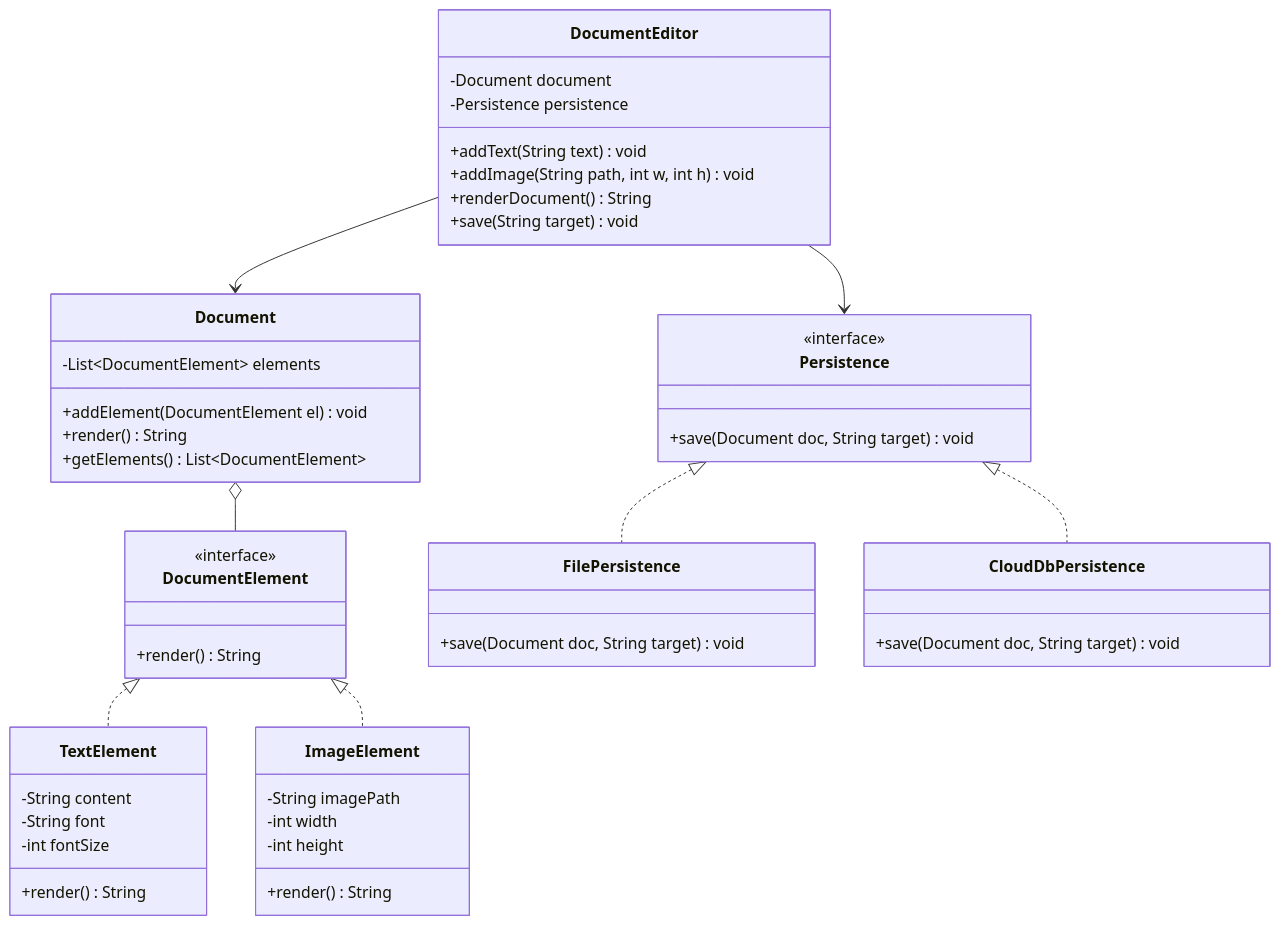
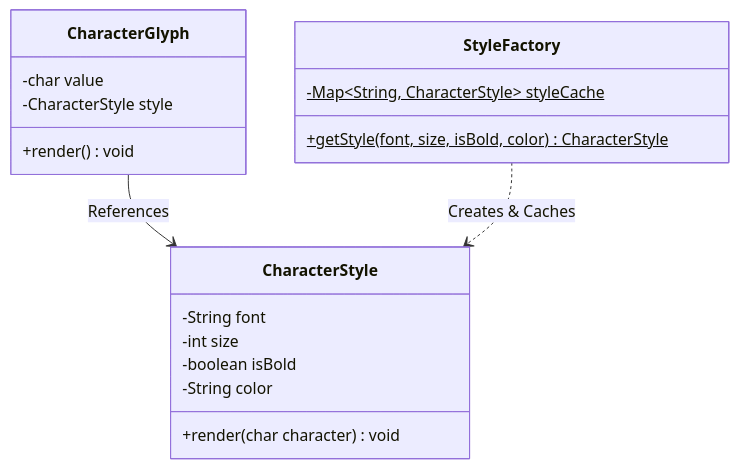
One commit to rohithgowda18/Notes changed the second of 2 diagrams in 04-OOPs-and-Design-Patterns/04-LLD-Case-Studies/07-Build-Google-Docs-Document-Editor-LLD.md. Above: the diagram before and after it, drawn with Mermaid. The commit also changed other lines of this file and 17 other files, not shown here.

Commit message:
docs(lld): enrich notes with deep architectural analysis, diagrams, anti-patterns & code

````diff
--- a/04-OOPs-and-Design-Patterns/04-LLD-Case-Studies/07-Build-Google-Docs-Document-Editor-LLD.md
+++ b/04-OOPs-and-Design-Patterns/04-LLD-Case-Studies/07-Build-Google-Docs-Document-Editor-LLD.md
@@ -21,54 +68,22 @@
 ```mermaid
 classDiagram
-    class DocumentElement {
-        <<interface>>
-        +render() String
+    class CharacterStyle {
+        -String font
+        -int size
+        -boolean isBold
+        -String color
+        +render(char character) void
     }
-    class TextElement {
-        -String content
-        -String font
-        -int fontSize
-        +render() String
+    class StyleFactory {
+        -Map~String, CharacterStyle~ styleCache$
+        +getStyle(font, size, isBold, color)$ CharacterStyle
     }
-    class ImageElement {
-        -String imagePath
-        -int width
-        -int height
-        +render() String
+    class CharacterGlyph {
+        -char value
+        -CharacterStyle style
+        +render() void
     }
 
-    class Document {
-        -List~DocumentElement~ elements
-        +addElement(DocumentElement el) void
-        +render() String
-        +getElements() List~DocumentElement~
-    }
-
-    class Persistence {
-        <<interface>>
-        +save(Document doc, String target) void
-    }
-    class FilePersistence {
-        +save(Document doc, String target) void
-    }
-    class CloudDbPersistence {
-        +save(Document doc, String target) void
-    }
-
-    class DocumentEditor {
-        -Document document
-        -Persistence persistence
-        +addText(String text) void
-        +addImage(String path, int w, int h) void
-        +renderDocument() String
-        +save(String target) void
-    }
-
-    DocumentElement <|.. TextElement
-    DocumentElement <|.. ImageElement
-    Document o-- DocumentElement
-    Persistence <|.. FilePersistence
-    Persistence <|.. CloudDbPersistence
-    DocumentEditor --> Document
-    DocumentEditor --> Persistence
+    CharacterGlyph --> CharacterStyle : References
+    StyleFactory ..> CharacterStyle : Creates & Caches
 ```
````
